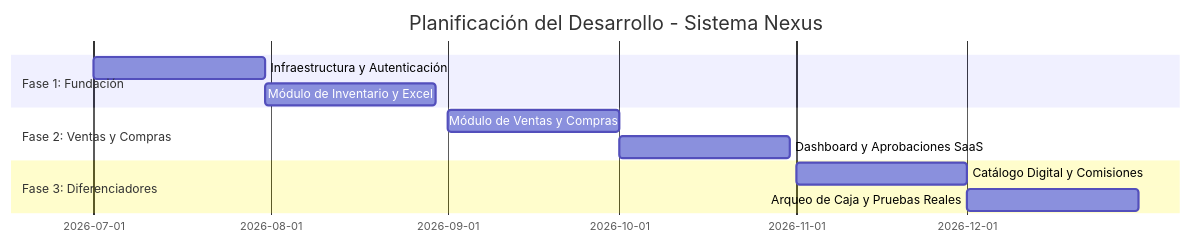
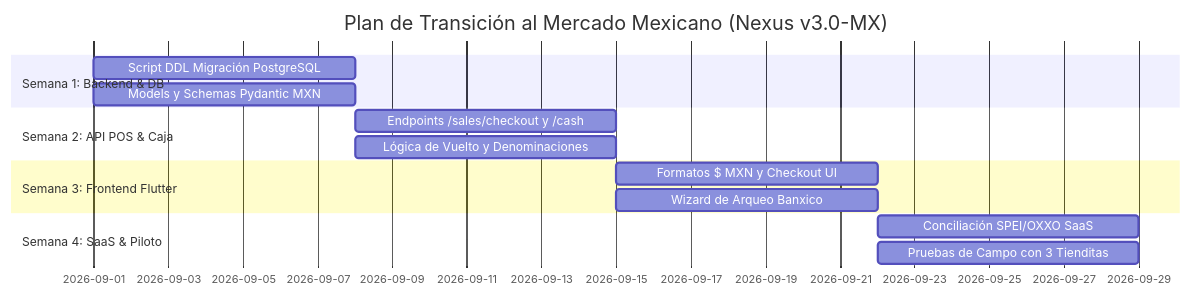
Before and after one commit to Alan-DMA/Nexus: the diagram in Documento Maestro Nexus v3-0.md, drawn with Mermaid. The commit also changed other lines of this file and 30 other files, not shown here.

Commit message:
feat(integration): standardize api contracts, add DTOs, update rules and fix flutter clients

````diff
--- a/Documento Maestro Nexus v3-0.md
+++ b/Documento Maestro Nexus v3-0.md
@@ -259,14 +334,17 @@
 ```mermaid
 gantt
-    title Planificación del Desarrollo - Sistema Nexus
-    dateFormat  YYYY-MM
-    section Fase 1: Fundación
-    Infraestructura y Autenticación   :a1, 2026-07, 30d
-    Módulo de Inventario y Excel      :a2, after a1, 30d
-    section Fase 2: Ventas y Compras
-    Módulo de Ventas y Compras        :a3, 2026-09, 30d
-    Dashboard y Aprobaciones SaaS     :a4, after a3, 30d
-    section Fase 3: Diferenciadores
-    Catálogo Digital y Comisiones     :a5, 2026-11, 30d
-    Arqueo de Caja y Pruebas Reales   :a6, after a5, 30d
+    title Plan de Transición al Mercado Mexicano (Nexus v3.0-MX)
+    dateFormat  YYYY-MM-DD
+    section Semana 1: Backend & DB
+    Script DDL Migración PostgreSQL   :b1, 2026-09-01, 7d
+    Models y Schemas Pydantic MXN     :b2, 2026-09-01, 7d
+    section Semana 2: API POS & Caja
+    Endpoints /sales/checkout y /cash :b3, 2026-09-08, 7d
+    Lógica de Vuelto y Denominaciones :b4, 2026-09-08, 7d
+    section Semana 3: Frontend Flutter
+    Formatos $ MXN y Checkout UI      :b5, 2026-09-15, 7d
+    Wizard de Arqueo Banxico          :b6, 2026-09-15, 7d
+    section Semana 4: SaaS & Piloto
+    Conciliación SPEI/OXXO SaaS       :b7, 2026-09-22, 7d
+    Pruebas de Campo con 3 Tienditas  :b8, 2026-09-22, 7d
 ```
````
